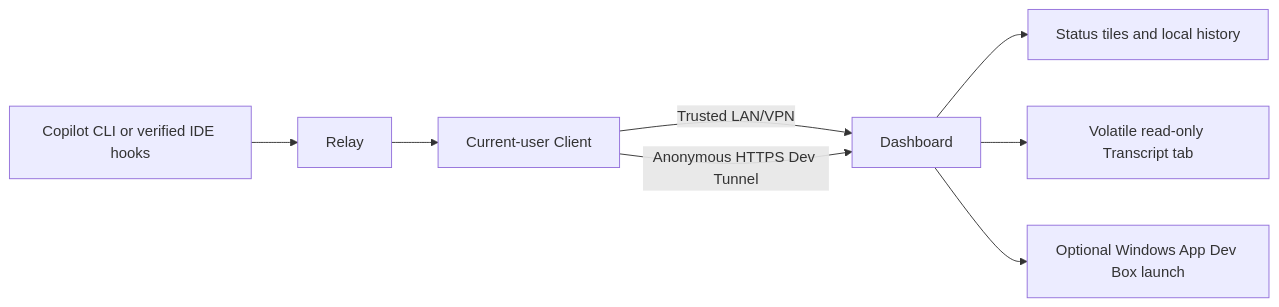
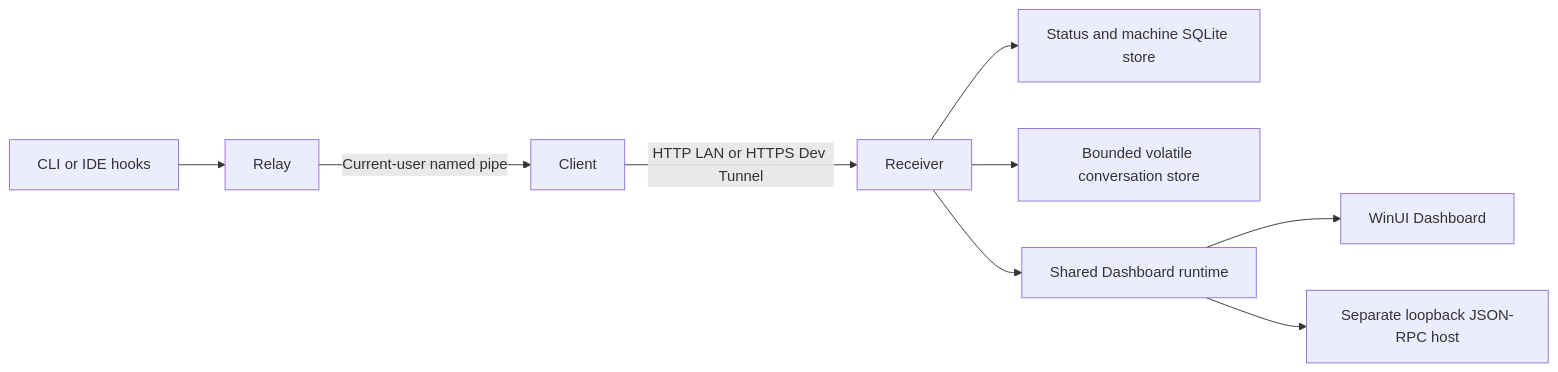
Before and after one commit to andysterland/agent-signaler: the diagram in README.md, drawn with Mermaid. The commit also changed other lines of this file, not shown here.

````diff
--- a/README.md
+++ b/README.md
@@ -62,10 +390,11 @@
 ```mermaid
 flowchart LR
-    A[Copilot CLI or verified IDE hooks] --> B[Relay]
-    B --> C[Current-user Client]
-    C -->|Trusted LAN/VPN| D[Dashboard]
-    C -->|Anonymous HTTPS Dev Tunnel| D
-    D --> E[Status tiles and local history]
-    D --> G[Volatile read-only Transcript tab]
-    D --> F[Optional Windows App Dev Box launch]
+    Hooks[CLI or IDE hooks] --> Relay
+    Relay -->|Current-user named pipe| Client
+    Client -->|HTTP LAN or HTTPS Dev Tunnel| Receiver
+    Receiver --> SQLite[Status and machine SQLite store]
+    Receiver --> Memory[Bounded volatile conversation store]
+    Receiver --> Core[Shared Dashboard runtime]
+    Core --> Dashboard[WinUI Dashboard]
+    Core --> RPC[Separate loopback JSON-RPC host]
 ```
````
